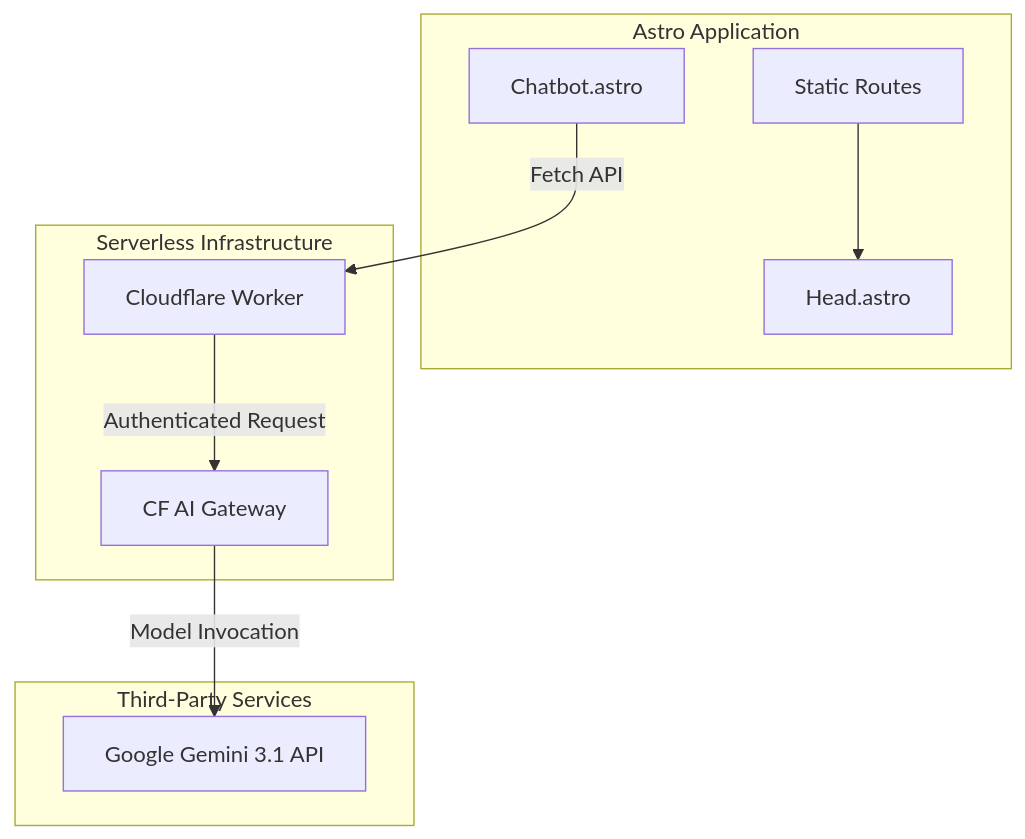
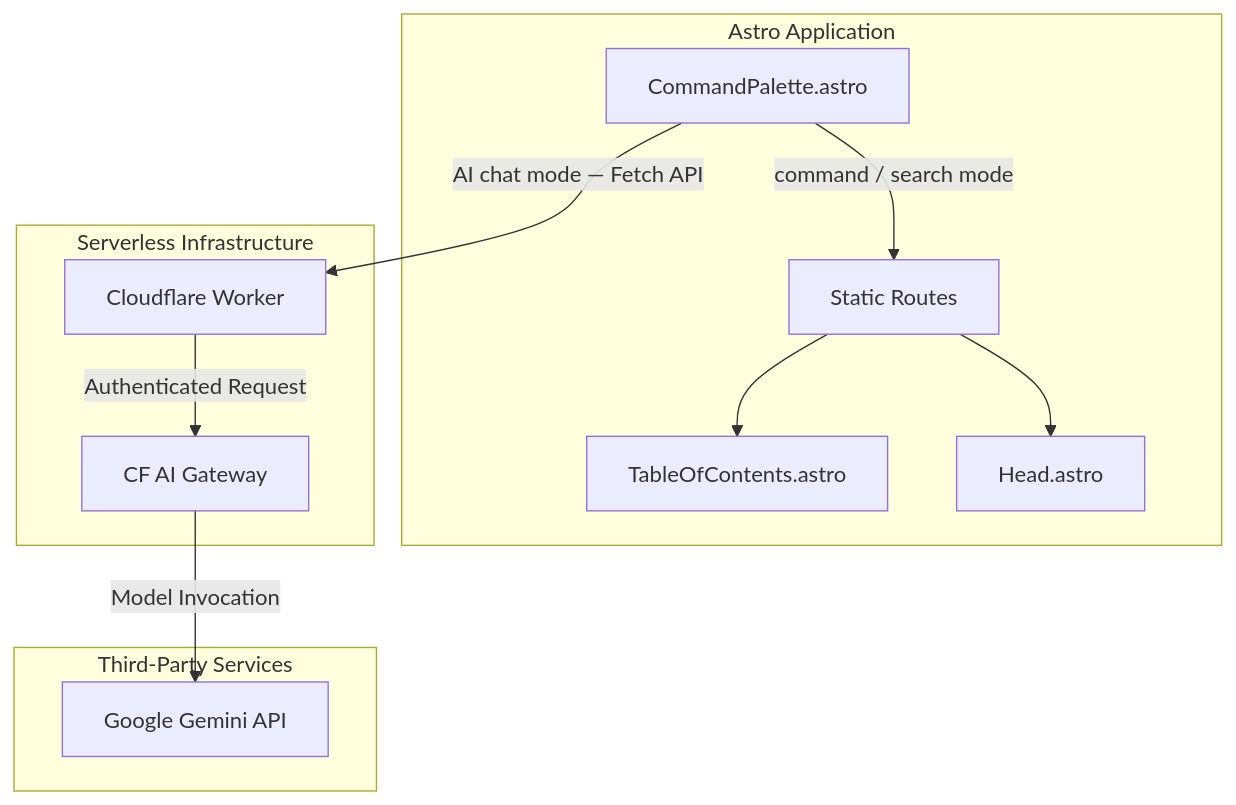
One commit to boranuzun/portfolio changed the first of 3 diagrams in src/content/projects/portfolio/index.md. Above: the diagram before and after it, drawn with Mermaid. The commit also changed other lines of this file and 1 other file, not shown here.

````diff
--- a/src/content/projects/portfolio/index.md
+++ b/src/content/projects/portfolio/index.md
@@ -18,22 +18,25 @@
 ```mermaid
 graph TD
     subgraph Frontend [Astro Application]
-        UI[Chatbot.astro]
+        Palette[CommandPalette.astro]
         Pages[Static Routes]
+        TOC[TableOfContents.astro]
         Head[Head.astro]
     end
 
     subgraph Backend [Serverless Infrastructure]
         Worker[Cloudflare Worker]
         Gateway[CF AI Gateway]
     end
 
     subgraph External [Third-Party Services]
-        Gemini[Google Gemini 3.1 API]
+        Gemini[Google Gemini API]
     end
 
-    UI -->|Fetch API| Worker
+    Palette -->|command / search mode| Pages
+    Palette -->|AI chat mode — Fetch API| Worker
     Worker -->|Authenticated Request| Gateway
     Gateway -->|Model Invocation| Gemini
+    Pages --> TOC
     Pages --> Head
 ```
````
